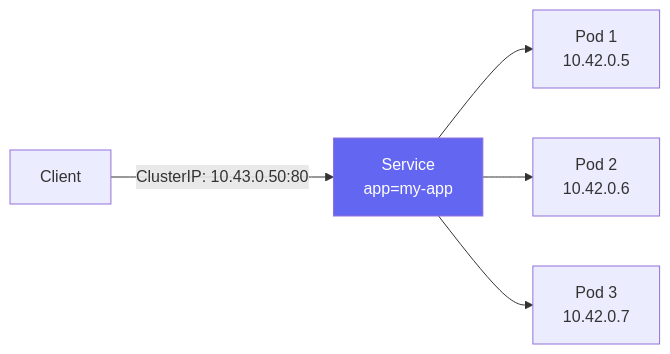
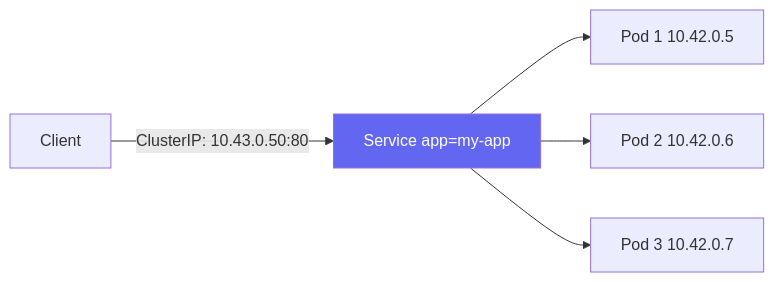
The fourth of 6 diagrams in 03_first_steps/03_pods_deployments_services.md (UncleJS/course_k3s), drawn with Mermaid before and after one commit. The commit also changed other lines of this file and 57 other files, not shown here.

````diff
--- a/03_first_steps/03_pods_deployments_services.md
+++ b/03_first_steps/03_pods_deployments_services.md
@@ -261,9 +261,9 @@
 ```mermaid
 graph LR
-    CLIENT[Client] -->|"ClusterIP: 10.43.0.50:80"| SVC[Service\napp=my-app]
-    SVC --> P1[Pod 1\n10.42.0.5]
-    SVC --> P2[Pod 2\n10.42.0.6]
-    SVC --> P3[Pod 3\n10.42.0.7]
+    CLIENT[Client] -->|"ClusterIP: 10.43.0.50:80"| SVC[Service app=my-app]
+    SVC --> P1[Pod 1 10.42.0.5]
+    SVC --> P2[Pod 2 10.42.0.6]
+    SVC --> P3[Pod 3 10.42.0.7]
 
     style SVC fill:#6366f1,color:#fff
 ```
````
